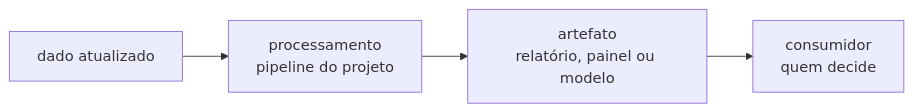
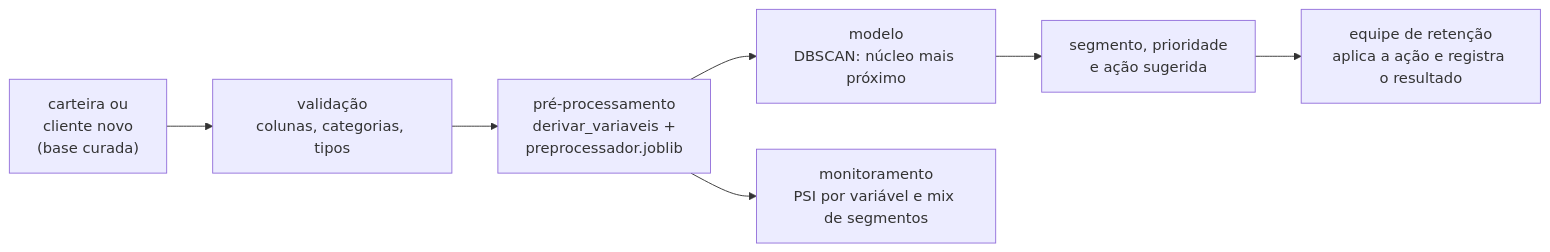
One commit to stevens-castro/projeto-retencao-clientes-telecom changed the diagram in docs/implementacao.md. Above: the diagram before and after it, drawn with Mermaid. The commit also changed other lines of this file and 119 other files, not shown here.

````diff
--- a/docs/implementacao.md
+++ b/docs/implementacao.md
@@ -32,6 +28,9 @@
 ```mermaid
 flowchart LR
-    A["dado atualizado"] --> B["processamento<br/>pipeline do projeto"]
-    B --> C["artefato<br/>relatório, painel ou modelo"]
-    C --> D["consumidor<br/>quem decide"]
+    A["carteira ou<br/>cliente novo<br/>(base curada)"] --> B["validação<br/>colunas, categorias, tipos"]
+    B --> C["pré-processamento<br/>derivar_variaveis +<br/>preprocessador.joblib"]
+    C --> D["modelo<br/>DBSCAN: núcleo mais próximo"]
+    D --> E["segmento, prioridade<br/>e ação sugerida"]
+    E --> F["equipe de retenção<br/>aplica a ação e registra o resultado"]
+    C --> G["monitoramento<br/>PSI por variável e mix de segmentos"]
 ```
````
